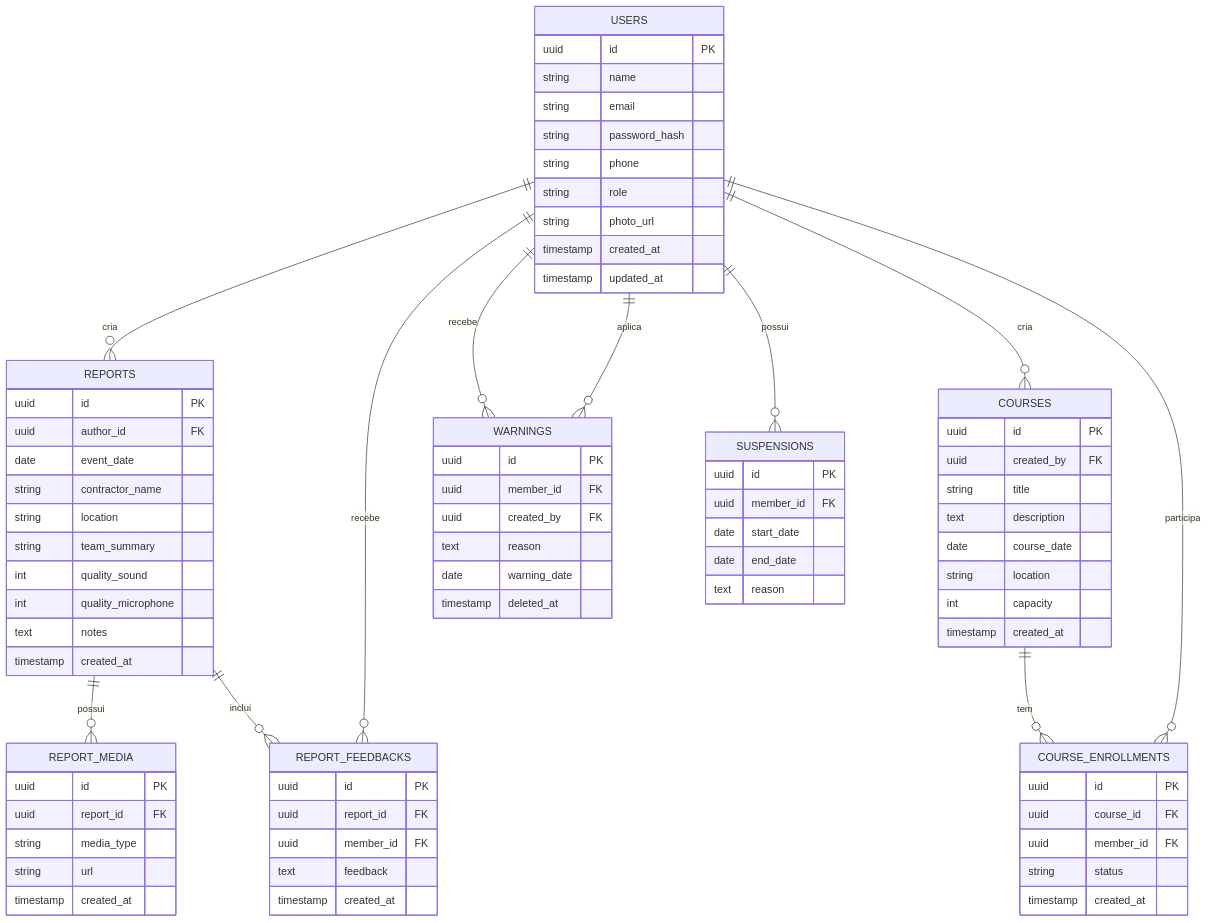
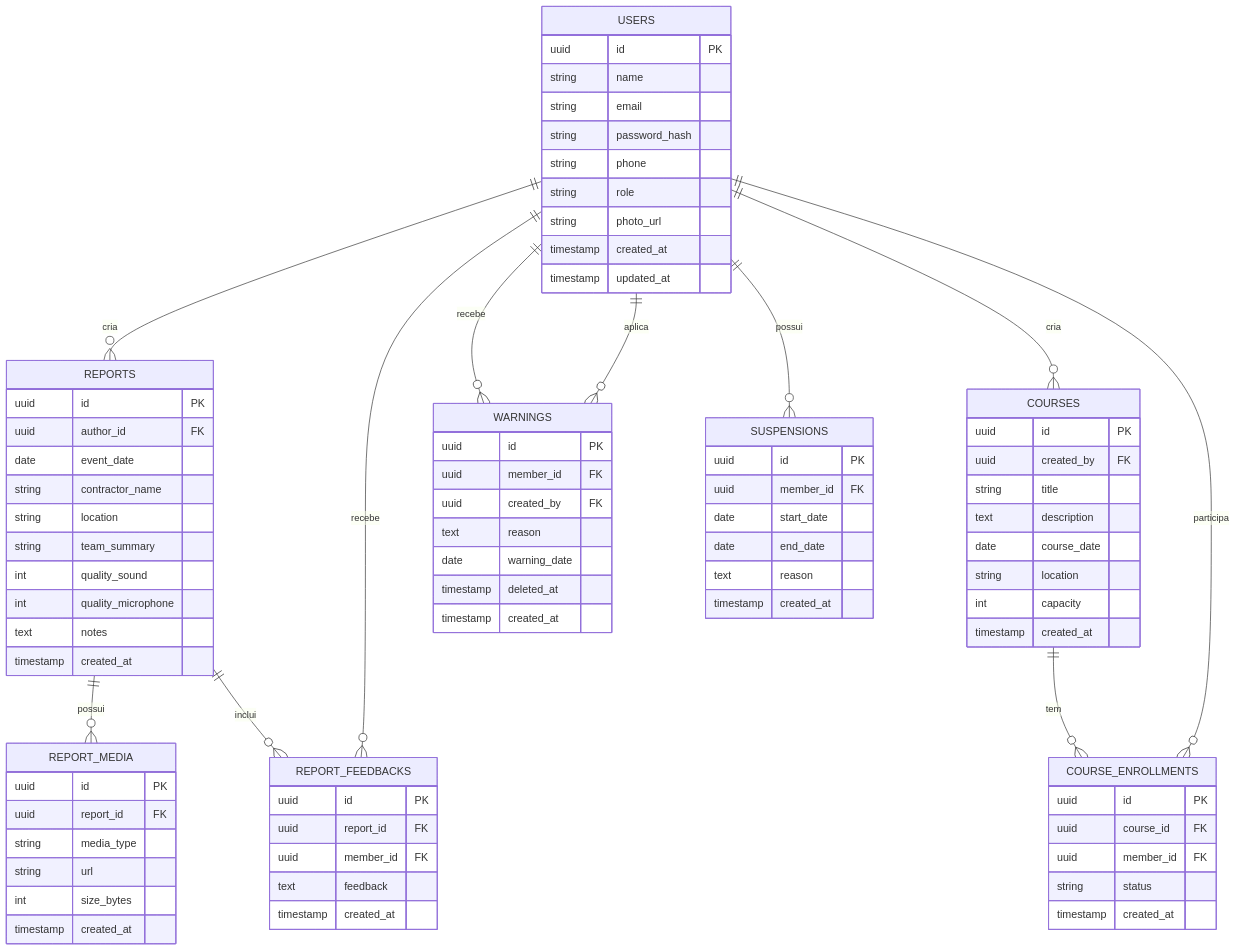
Before and after one commit to animacaoSoleLua/SistemaSL: the diagram in docs/spec/03-modelo-dados.md, drawn with Mermaid. The commit also changed other lines of this file and 32 other files, not shown here.

````diff
--- a/docs/spec/03-modelo-dados.md
+++ b/docs/spec/03-modelo-dados.md
@@ -52,6 +52,7 @@
         uuid report_id FK
         string media_type
         string url
+        int size_bytes
         timestamp created_at
     }
 
@@ -89,6 +90,7 @@
         text reason
         date warning_date
         timestamp deleted_at
+        timestamp created_at
     }
 
     SUSPENSIONS {
@@ -97,5 +99,6 @@
         date start_date
         date end_date
         text reason
+        timestamp created_at
     }
 ```
````
